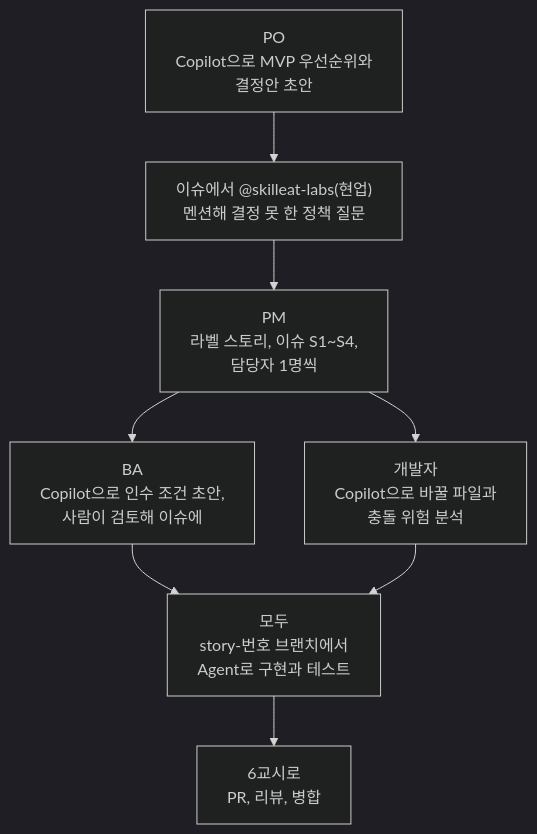
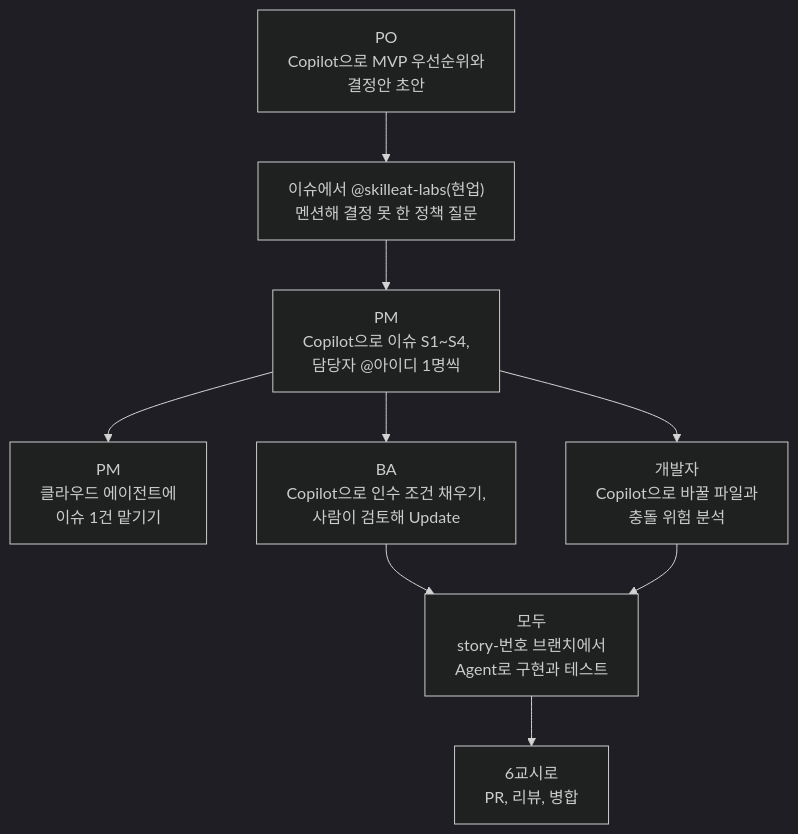
One commit to skilleat-labs/github-300-lab changed the fourth of 4 diagrams in docs/class5/index.md. Above: the diagram before and after it, drawn with Mermaid (dark theme). The commit also changed other lines of this file and 13 other files, not shown here.

First line of the commit message:
클라우드 에이전트 맡기기를 5-1로, 검토를 6-1로 당김. 5교시 교안에 github.com Copilot(쓰고, 고치고, 맡기기) 설명

````diff
--- a/docs/class5/index.md
+++ b/docs/class5/index.md
@@ -100,10 +108,11 @@
 ```mermaid
 flowchart TB
     A["PO<br/>Copilot으로 MVP 우선순위와<br/>결정안 초안"] --> B["이슈에서 @skilleat-labs(현업)<br/>멘션해 결정 못 한 정책 질문"]
-    B --> C["PM<br/>라벨 스토리, 이슈 S1~S4,<br/>담당자 1명씩"]
-    C --> D["BA<br/>Copilot으로 인수 조건 초안,<br/>사람이 검토해 이슈에"]
+    B --> C["PM<br/>Copilot으로 이슈 S1~S4,<br/>담당자 @아이디 1명씩"]
+    C --> H["PM<br/>클라우드 에이전트에<br/>이슈 1건 맡기기"]
+    C --> D["BA<br/>Copilot으로 인수 조건 채우기,<br/>사람이 검토해 Update"]
     C --> E["개발자<br/>Copilot으로 바꿀 파일과<br/>충돌 위험 분석"]
     D --> F["모두<br/>story-번호 브랜치에서<br/>Agent로 구현과 테스트"]
     E --> F
     F --> G["6교시로<br/>PR, 리뷰, 병합"]
 ```
````
